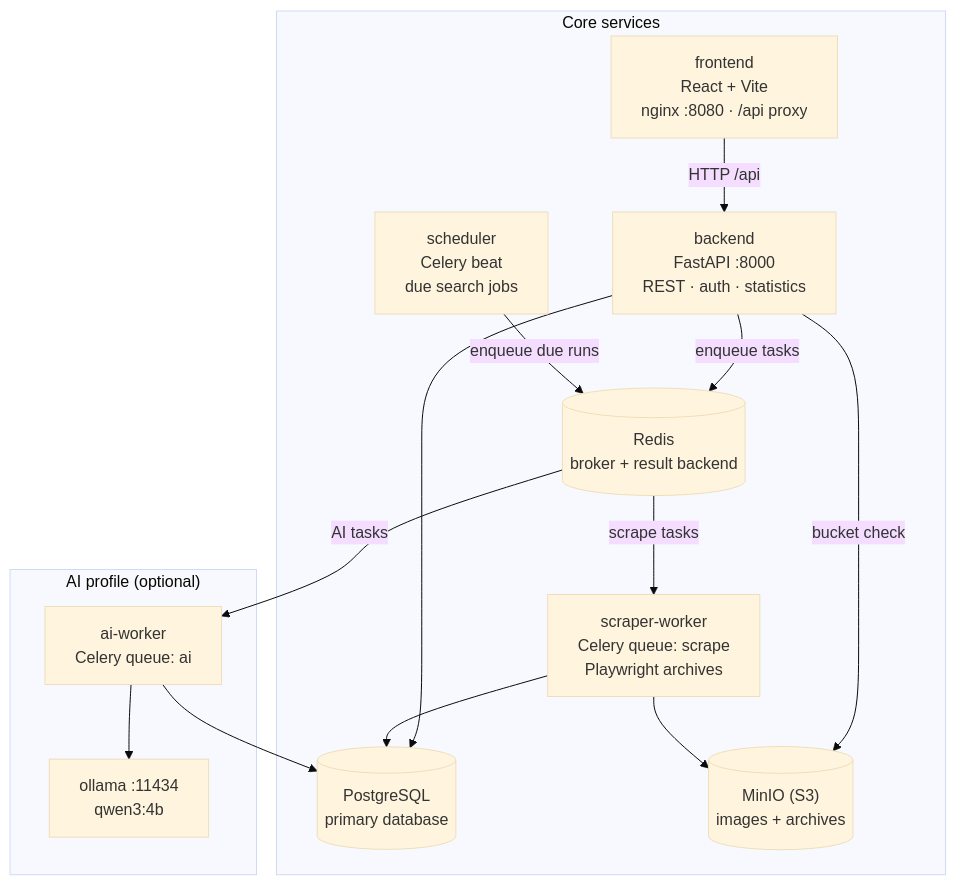
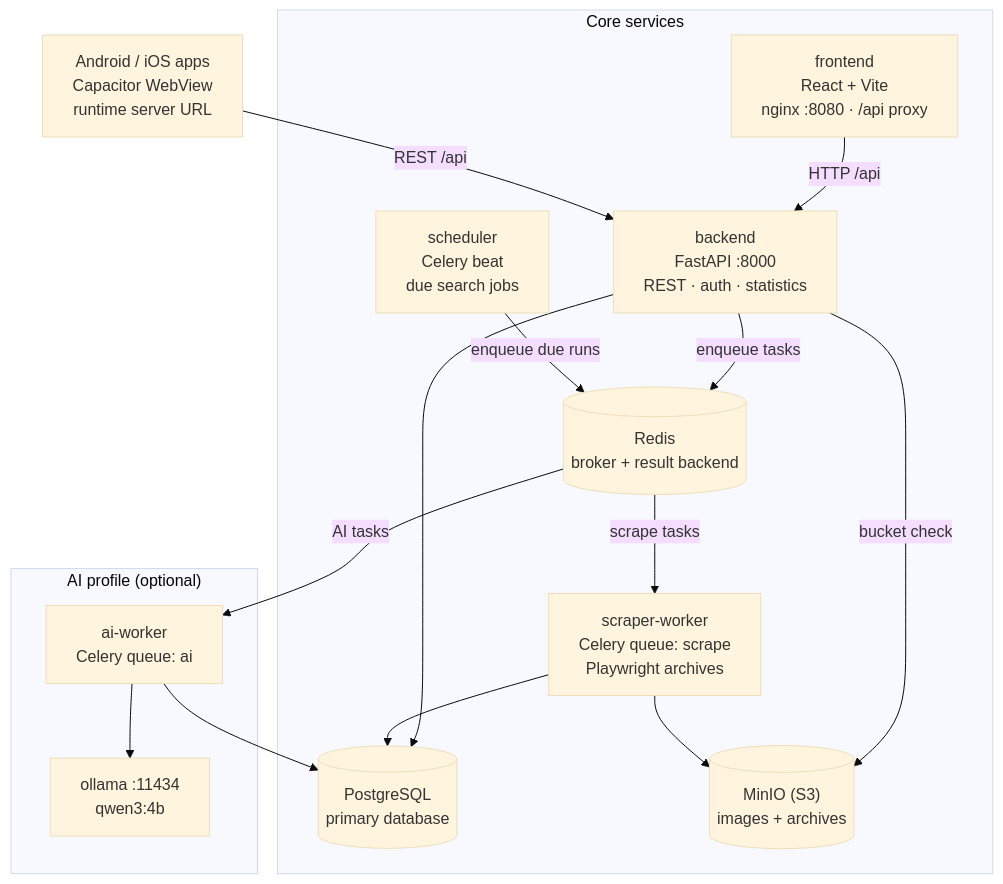
The diagram in README.md (metodiev/Bulgaria-Auto-CarMarket), drawn with Mermaid (base theme) before and after one commit. The commit also changed other lines of this file and 99 other files, not shown here.

Commit message:
add mobile build android and ios

````diff
--- a/README.md
+++ b/README.md
@@ -39,29 +40,32 @@
 ```mermaid
 flowchart TD
     subgraph core["Core services"]
         UI["frontend<br/>React + Vite<br/>nginx :8080 · /api proxy"]
         API["backend<br/>FastAPI :8000<br/>REST · auth · statistics"]
         DB[("PostgreSQL<br/>primary database")]
         REDIS[("Redis<br/>broker + result backend")]
         MINIO[("MinIO (S3)<br/>images + archives")]
         SCRAPER["scraper-worker<br/>Celery queue: scrape<br/>Playwright archives"]
         SCHEDULER["scheduler<br/>Celery beat<br/>due search jobs"]
     end
 
     subgraph ai["AI profile (optional)"]
         AIWORKER["ai-worker<br/>Celery queue: ai"]
         OLLAMA["ollama :11434<br/>qwen3:4b"]
     end
 
+    MOBILE["Android / iOS apps<br/>Capacitor WebView<br/>runtime server URL"]
+
     UI -->|"HTTP /api"| API
+    MOBILE -->|"REST /api"| API
     API --> DB
     API -->|"enqueue tasks"| REDIS
     API -->|"bucket check"| MINIO
     SCHEDULER -->|"enqueue due runs"| REDIS
     REDIS -->|"scrape tasks"| SCRAPER
     REDIS -->|"AI tasks"| AIWORKER
     SCRAPER --> DB
     SCRAPER --> MINIO
     AIWORKER --> DB
     AIWORKER --> OLLAMA
 ```
````
